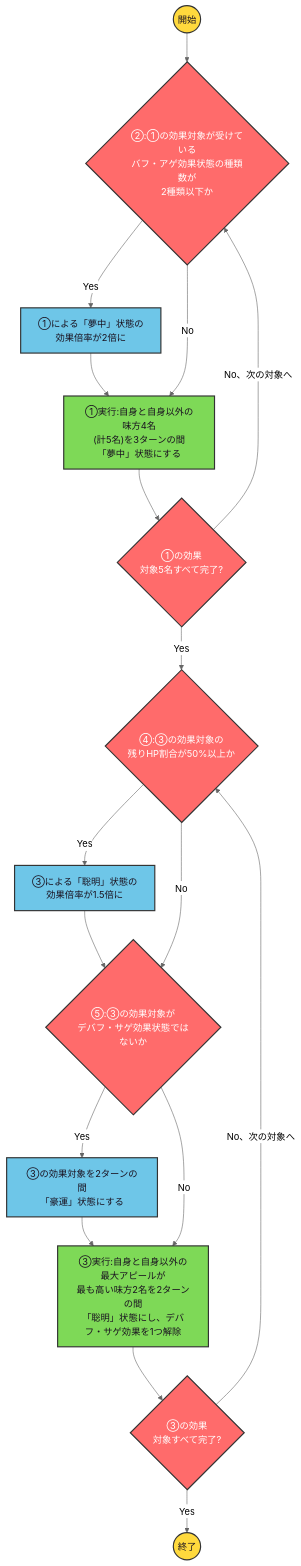
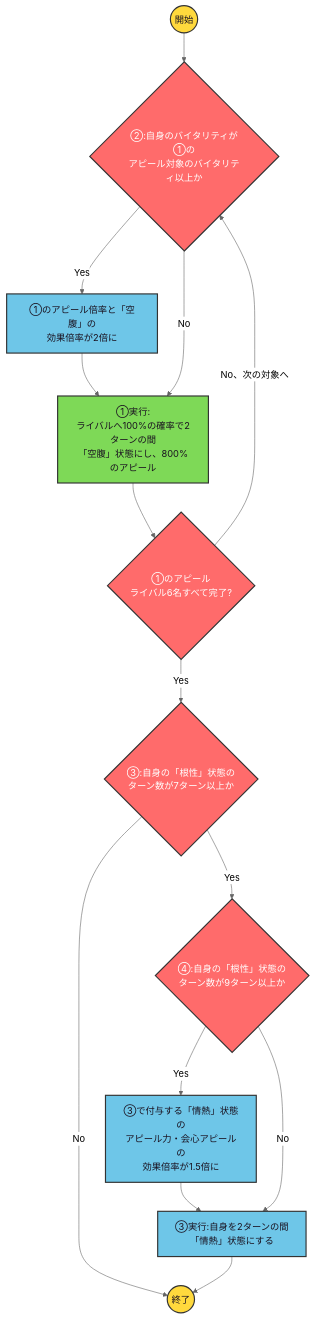
One commit to ryomochi0918/nogifra-characters changed the diagram in data/ozu_reina/13thbasura_c_skill1.mmd. Above: the diagram before and after it, drawn with Mermaid (neutral theme). The commit also changed 19 other files, not shown here.

```diff
--- a/data/ozu_reina/13thbasura_c_skill1.mmd
+++ b/data/ozu_reina/13thbasura_c_skill1.mmd
@@ -1,19 +1,17 @@
 flowchart TD
     classDef startend fill:#FFD93D,stroke:#333,stroke-width:2px,color:#1a1220;
     classDef cond fill:#FF6B6B,stroke:#333,stroke-width:2px,color:#ffffff;
     classDef effect fill:#6EC6E8,stroke:#333,stroke-width:2px,color:#1a1220;
     classDef action fill:#7ED957,stroke:#333,stroke-width:2px,color:#1a1220;
 
-    start(("開始")):::startend --> c2{"②:①の効果対象が受けている<br/>バフ・アゲ効果状態の種類数が<br/>2種類以下か"}:::cond
-    c2 -->|"Yes"| e2["①による「夢中」状態の<br/>効果倍率が2倍に"]:::effect --> a1
-    c2 -->|"No"| a1["①実行:自身と自身以外の味方4名<br/>(計5名)を3ターンの間<br/>「夢中」状態にする"]:::action
-    a1 --> lc1{"①の効果<br/>対象5名すべて完了?"}:::cond
-    lc1 -->|"No、次の対象へ"| c2
-    lc1 -->|"Yes"| c4{"④:③の効果対象の<br/>残りHP割合が50%以上か"}:::cond
-    c4 -->|"Yes"| e4["③による「聡明」状態の<br/>効果倍率が1.5倍に"]:::effect --> c5
-    c4 -->|"No"| c5{"⑤:③の効果対象が<br/>デバフ・サゲ効果状態ではないか"}:::cond
-    c5 -->|"Yes"| e5["③の効果対象を2ターンの間<br/>「豪運」状態にする"]:::effect --> a3
-    c5 -->|"No"| a3["③実行:自身と自身以外の最大アピールが<br/>最も高い味方2名を2ターンの間<br/>「聡明」状態にし、デバフ・サゲ効果を1つ解除"]:::action
-    a3 --> lc3{"③の効果<br/>対象すべて完了?"}:::cond
-    lc3 -->|"No、次の対象へ"| c4
-    lc3 -->|"Yes"| finish(("終了")):::startend
+    start(("開始")):::startend --> c2{"②:自身のバイタリティが①の<br/>アピール対象のバイタリティ以上か"}:::cond
+    c2 -->|"Yes"| e2["①のアピール倍率と「空腹」の<br/>効果倍率が2倍に"]:::effect --> a1
+    c2 -->|"No"| a1["①実行:<br/>ライバルへ100%の確率で2ターンの間<br/>「空腹」状態にし、800%のアピール"]:::action
+    a1 --> lc{"①のアピール<br/>ライバル6名すべて完了?"}:::cond
+    lc -->|"No、次の対象へ"| c2
+    lc -->|"Yes"| c3{"③:自身の「根性」状態の<br/>ターン数が7ターン以上か"}:::cond
+    c3 -->|"No"| finish(("終了")):::startend
+    c3 -->|"Yes"| c4{"④:自身の「根性」状態の<br/>ターン数が9ターン以上か"}:::cond
+    c4 -->|"Yes"| e4["③で付与する「情熱」状態の<br/>アピール力・会心アピールの<br/>効果倍率が1.5倍に"]:::effect --> e3
+    c4 -->|"No"| e3["③実行:自身を2ターンの間<br/>「情熱」状態にする"]:::effect
+    e3 --> finish
```
